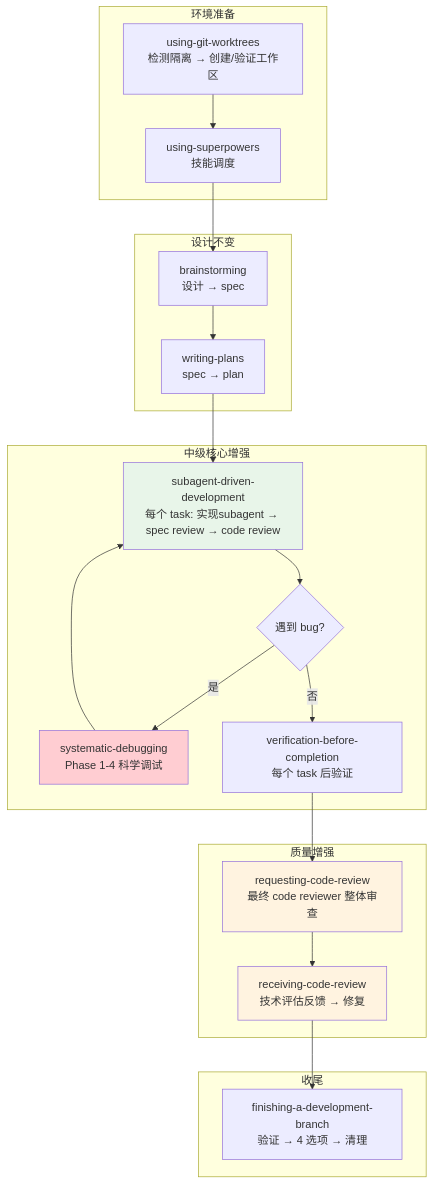
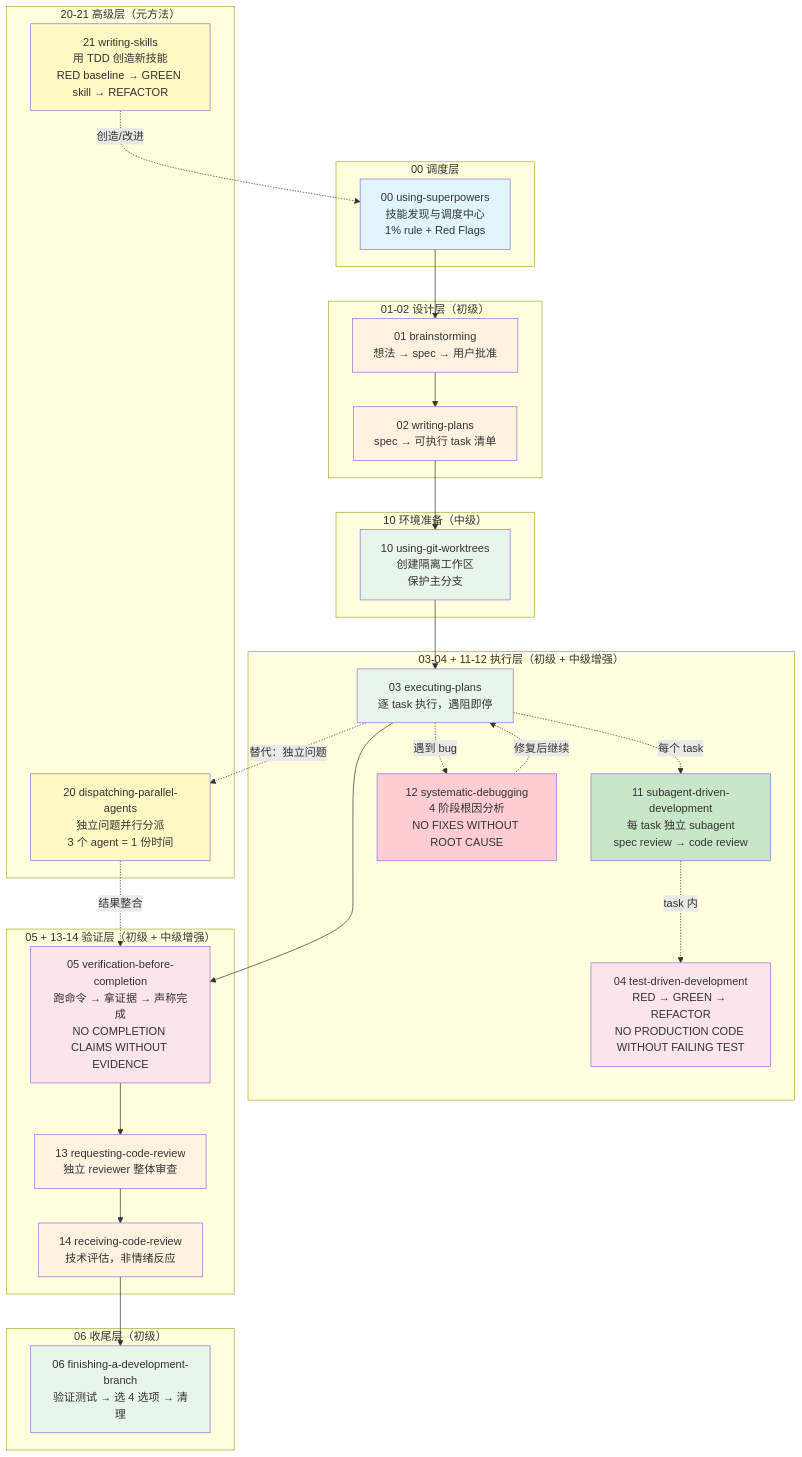
Before and after one commit to ethan-jiang-3/superpowers: the diagram in _digest/00-学习路径/01-中级/README.md, drawn with Mermaid. The commit also changed other lines of this file and 9 other files, not shown here.

````diff
--- a/_digest/00-学习路径/01-中级/README.md
+++ b/_digest/00-学习路径/01-中级/README.md
@@ -128,33 +154,69 @@
 ```mermaid
 graph TD
-    subgraph 环境准备
-        A["using-git-worktrees<br/>检测隔离 → 创建/验证工作区"] --> B["using-superpowers<br/>技能调度"]
+    subgraph 调度["00 调度层"]
+        US["00 using-superpowers<br/>技能发现与调度中心<br/>1% rule + Red Flags"]
     end
 
-    subgraph 设计不变
-        B --> C["brainstorming<br/>设计 → spec"]
-        C --> D["writing-plans<br/>spec → plan"]
+    subgraph 设计["01-02 设计层（初级）"]
+        BS["01 brainstorming<br/>想法 → spec → 用户批准"]
+        WP["02 writing-plans<br/>spec → 可执行 task 清单"]
     end
 
-    subgraph 中级核心增强
-        D --> E["subagent-driven-development<br/>每个 task: 实现subagent → spec review → code review"]
-        E --> F{"遇到 bug?"}
-        F -->|是| G["systematic-debugging<br/>Phase 1-4 科学调试"]
-        G --> E
-        F -->|否| H["verification-before-completion<br/>每个 task 后验证"]
+    subgraph 环境["10 环境准备（中级）"]
+        WT["10 using-git-worktrees<br/>创建隔离工作区<br/>保护主分支"]
     end
 
-    subgraph 质量增强
-        H --> I["requesting-code-review<br/>最终 code reviewer 整体审查"]
-        I --> J["receiving-code-review<br/>技术评估反馈 → 修复"]
+    subgraph 执行["03-04 + 11-12 执行层（初级 + 中级增强）"]
+        EP["03 executing-plans<br/>逐 task 执行，遇阻即停"]
+        SDD["11 subagent-driven-development<br/>每 task 独立 subagent<br/>spec review → code review"]
+        TDD["04 test-driven-development<br/>RED → GREEN → REFACTOR<br/>NO PRODUCTION CODE WITHOUT FAILING TEST"]
+        DBG["12 systematic-debugging<br/>4 阶段根因分析<br/>NO FIXES WITHOUT ROOT CAUSE"]
     end
 
-    subgraph 收尾
-        J --> K["finishing-a-development-branch<br/>验证 → 4 选项 → 清理"]
+    subgraph 验证["05 + 13-14 验证层（初级 + 中级增强）"]
+        VBC["05 verification-before-completion<br/>跑命令 → 拿证据 → 声称完成<br/>NO COMPLETION CLAIMS WITHOUT EVIDENCE"]
+        RCR["13 requesting-code-review<br/>独立 reviewer 整体审查"]
+        RCV["14 receiving-code-review<br/>技术评估，非情绪反应"]
     end
 
-    style E fill:#e8f5e9
-    style G fill:#ffcdd2
-    style I fill:#fff3e0
-    style J fill:#fff3e0
+    subgraph 收尾["06 收尾层（初级）"]
+        FDB["06 finishing-a-development-branch<br/>验证测试 → 选 4 选项 → 清理"]
+    end
+
+    subgraph 高级["20-21 高级层（元方法）"]
+        PARA["20 dispatching-parallel-agents<br/>独立问题并行分派<br/>3 个 agent = 1 份时间"]
+        SKILL["21 writing-skills<br/>用 TDD 创造新技能<br/>RED baseline → GREEN skill → REFACTOR"]
+    end
+
+    US --> BS
+    BS --> WP
+    WP --> WT
+    WT --> EP
+    EP -.->|"每个 task"| SDD
+    SDD -.->|"task 内"| TDD
+    EP -.->|"遇到 bug"| DBG
+    DBG -.->|"修复后继续"| EP
+    EP --> VBC
+    VBC --> RCR
+    RCR --> RCV
+    RCV --> FDB
+
+    EP -.->|"替代：独立问题"| PARA
+    PARA -.->|"结果整合"| VBC
+    SKILL -.->|"创造/改进"| US
+
+    style US fill:#e1f5fe
+    style BS fill:#fff3e0
+    style WP fill:#fff3e0
+    style WT fill:#e8f5e9
+    style EP fill:#e8f5e9
+    style SDD fill:#c8e6c9
+    style TDD fill:#fce4ec
+    style DBG fill:#ffcdd2
+    style VBC fill:#fce4ec
+    style RCR fill:#fff3e0
+    style RCV fill:#fff3e0
+    style FDB fill:#e8f5e9
+    style PARA fill:#fff9c4
+    style SKILL fill:#fff9c4
 ```
````
